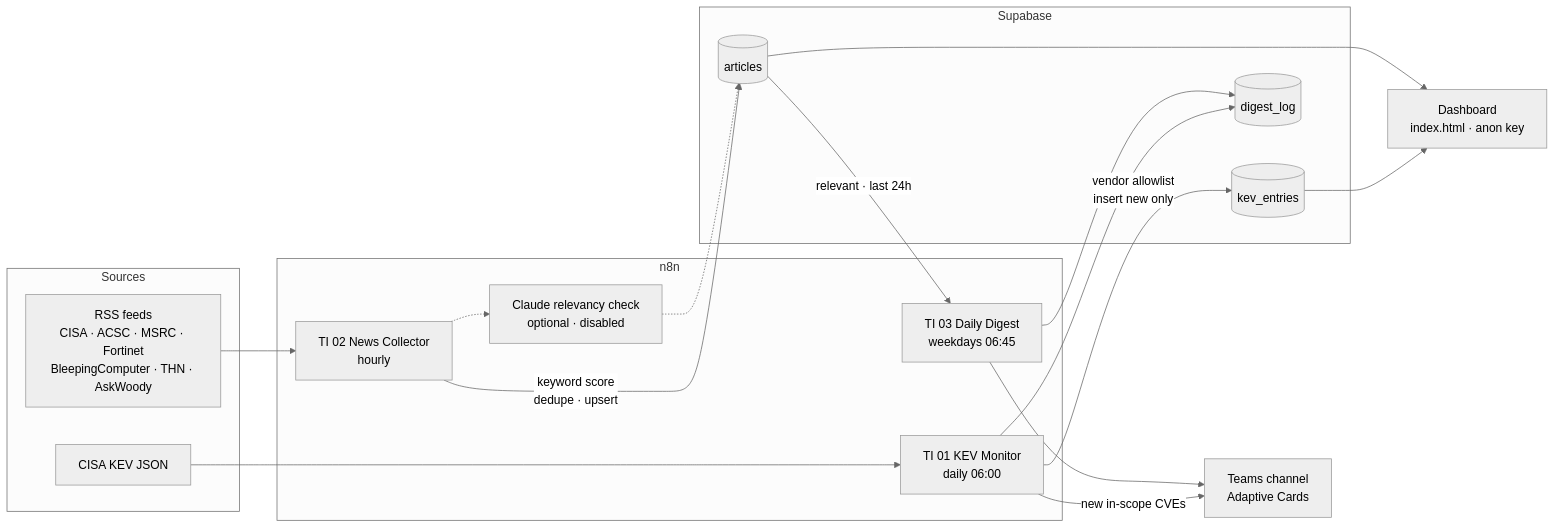
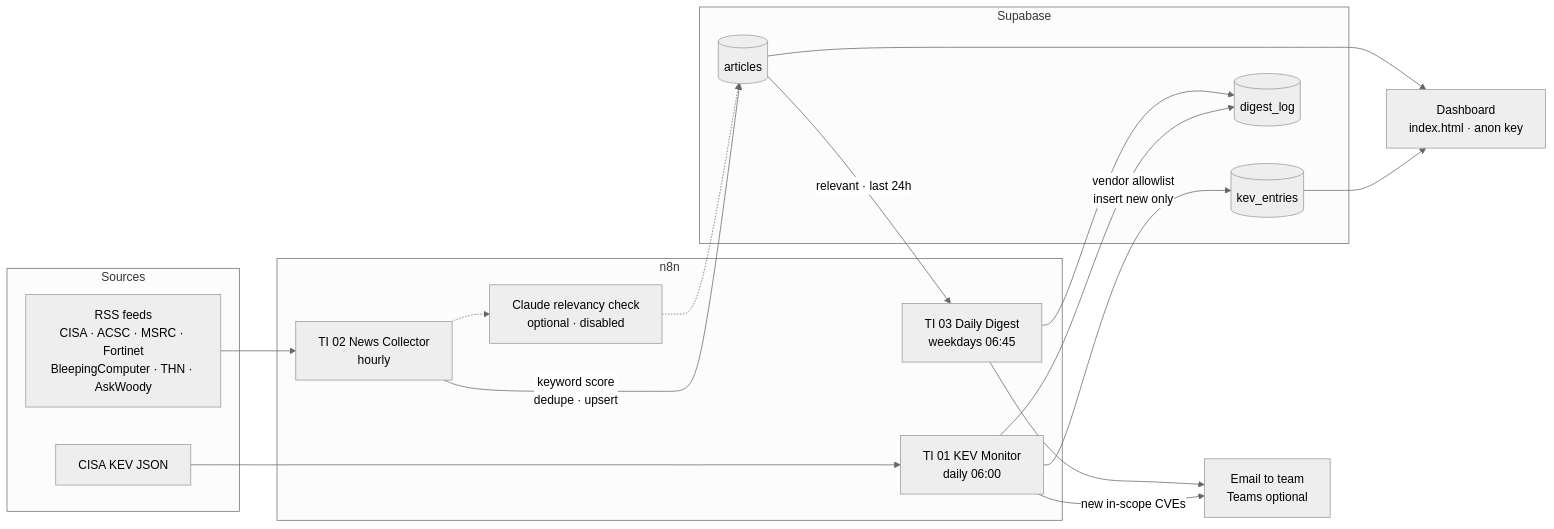
Before and after one commit to sandakelum97/threat-intel-pipeline: the diagram in docs/architecture.mmd, drawn with Mermaid (neutral theme). The commit also changed 7 other files, not shown here.

First line of the commit message:
Switch default output to email (SMTP); keep Teams node disabled; add sample email

```diff
--- a/docs/architecture.mmd
+++ b/docs/architecture.mmd
@@ -1,34 +1,34 @@
 flowchart LR
   subgraph Sources
     KEV[CISA KEV JSON]
     RSS[RSS feeds<br/>CISA · ACSC · MSRC · Fortinet<br/>BleepingComputer · THN · AskWoody]
   end
 
   subgraph n8n
     W1[TI 01 KEV Monitor<br/>daily 06:00]
     W2[TI 02 News Collector<br/>hourly]
     W3[TI 03 Daily Digest<br/>weekdays 06:45]
     AI[Claude relevancy check<br/>optional · disabled]
   end
 
   subgraph Supabase
     T1[(kev_entries)]
     T2[(articles)]
     T3[(digest_log)]
   end
 
-  TEAMS[Teams channel<br/>Adaptive Cards]
+  OUT[Email to team<br/>Teams optional]
   DASH[Dashboard<br/>index.html · anon key]
 
   KEV --> W1
   W1 -->|vendor allowlist<br/>insert new only| T1
-  W1 -->|new in-scope CVEs| TEAMS
+  W1 -->|new in-scope CVEs| OUT
   RSS --> W2
   W2 -->|keyword score<br/>dedupe · upsert| T2
   W2 -.-> AI -.-> T2
   T2 -->|relevant · last 24h| W3
-  W3 --> TEAMS
+  W3 --> OUT
   W1 --> T3
   W3 --> T3
   T1 --> DASH
   T2 --> DASH
```
